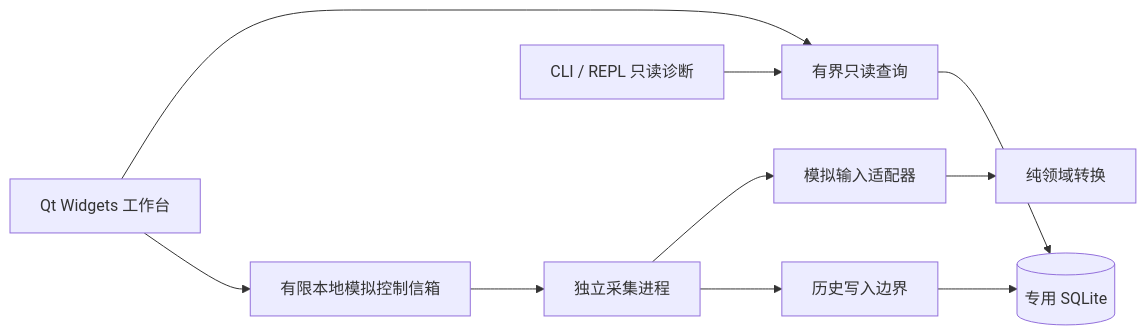
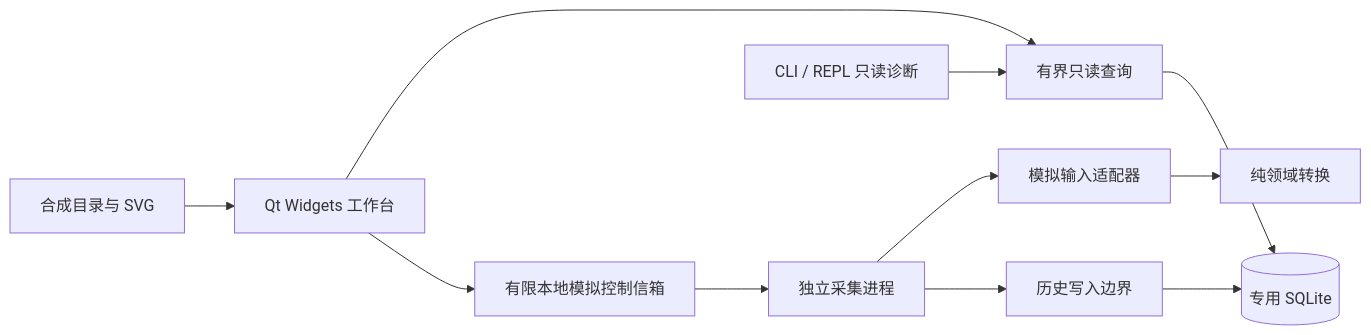
The diagram in ARCHITECTURE.md (Sentheecode/logistics_trans_pi), drawn with Mermaid before and after one commit. The commit also changed other lines of this file and 16 other files, not shown here.

````diff
--- a/ARCHITECTURE.md
+++ b/ARCHITECTURE.md
@@ -23,12 +26,13 @@
 ```mermaid
 flowchart LR
     S[模拟输入适配器] --> D[纯领域转换]
     C[独立采集进程] --> S
     C --> W[历史写入边界]
     W --> DB[(专用 SQLite)]
     H[Qt Widgets 工作台] --> R[有界只读查询]
     A[CLI / REPL 只读诊断] --> R
     R --> DB
     H --> M[有限本地模拟控制信箱]
     M --> C
+    Cat[合成目录与 SVG] --> H
 ```
````
